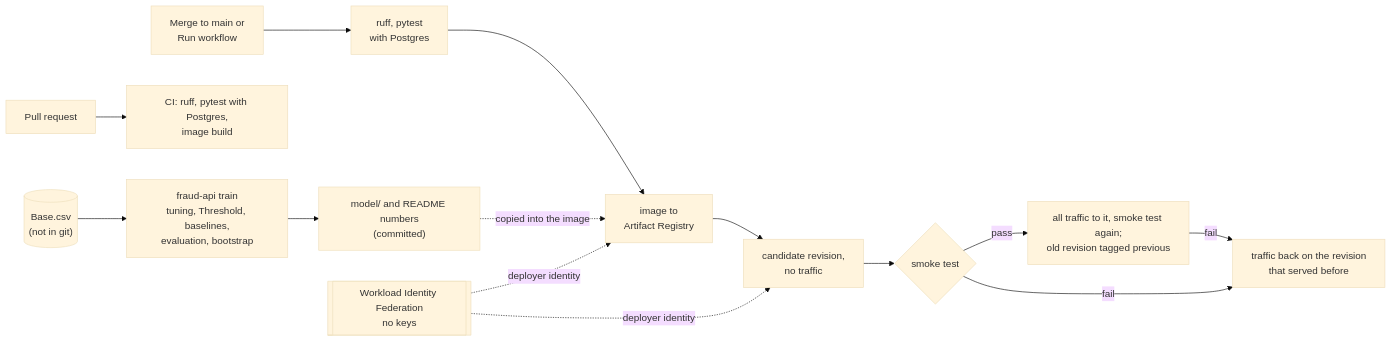
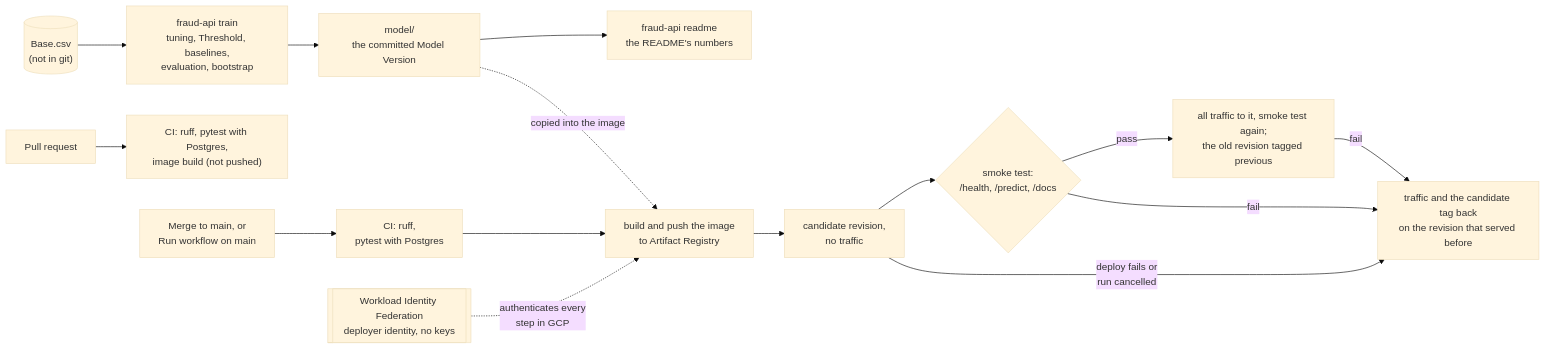
The second of 2 diagrams in README.md (montedeu/Fraud-API), drawn with Mermaid (base theme) before and after one commit. The commit also changed other lines of this file, not shown here.

Commit message:
Address review: README numbers from fraud-api readme, every undo path, WIF for every GCP step

````diff
--- a/README.md
+++ b/README.md
@@ -76,17 +76,18 @@
 ```mermaid
 flowchart LR
     data[("Base.csv<br/>(not in git)")] --> train["fraud-api train<br/>tuning, Threshold, baselines,<br/>evaluation, bootstrap"]
-    train --> committed["model/ and README numbers<br/>(committed)"]
+    train --> model["model/<br/>the committed Model Version"]
+    model --> readme["fraud-api readme<br/>the README's numbers"]
 
-    pr["Pull request"] --> checks["CI: ruff, pytest with Postgres,<br/>image build"]
-    main["Merge to main or<br/>Run workflow"] --> checks2["ruff, pytest<br/>with Postgres"]
-    checks2 --> push["image to<br/>Artifact Registry"]
-    committed -. "copied into the image" .-> push
+    pr["Pull request"] --> ci["CI: ruff, pytest with Postgres,<br/>image build (not pushed)"]
+    main["Merge to main, or<br/>Run workflow on main"] --> checks["CI: ruff,<br/>pytest with Postgres"]
+    checks --> push["build and push the image<br/>to Artifact Registry"]
+    model -. "copied into the image" .-> push
     push --> candidate["candidate revision,<br/>no traffic"]
-    candidate --> smoke{"smoke test"}
-    smoke -- "pass" --> live["all traffic to it, smoke test again;<br/>old revision tagged previous"]
-    live -- "fail" --> undo
-    smoke -- "fail" --> undo["traffic back on the revision<br/>that served before"]
-    wif[["Workload Identity Federation<br/>no keys"]] -. "deployer identity" .-> push
-    wif -. "deployer identity" .-> candidate
+    candidate --> smoke{"smoke test:<br/>/health, /predict, /docs"}
+    smoke -- "pass" --> live["all traffic to it, smoke test again;<br/>the old revision tagged previous"]
+    candidate -- "deploy fails or<br/>run cancelled" --> undo
+    smoke -- "fail" --> undo
+    live -- "fail" --> undo["traffic and the candidate tag back<br/>on the revision that served before"]
+    wif[["Workload Identity Federation<br/>deployer identity, no keys"]] -. "authenticates every<br/>step in GCP" .-> push
 ```
````
